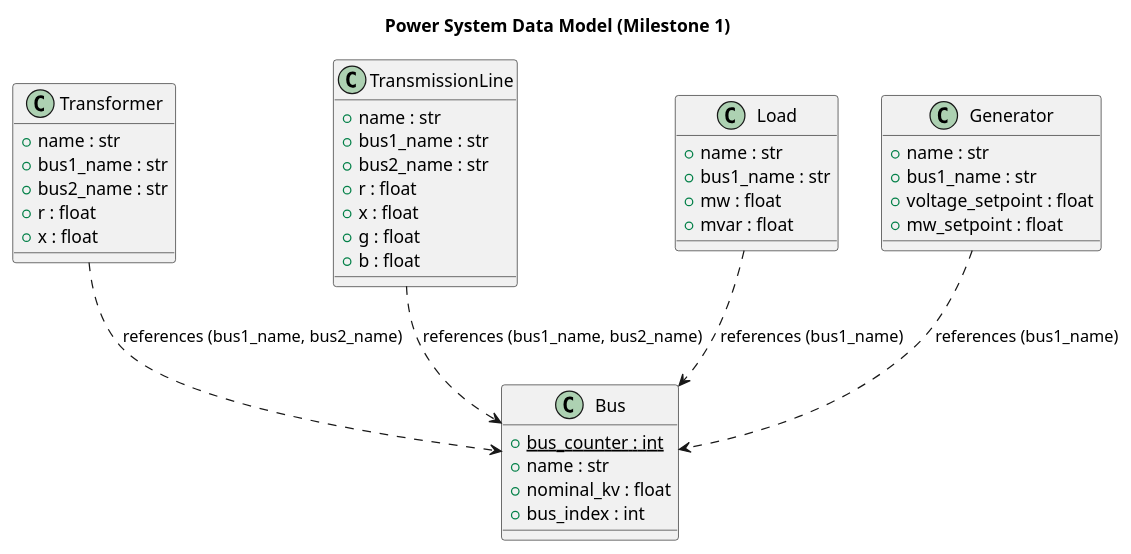
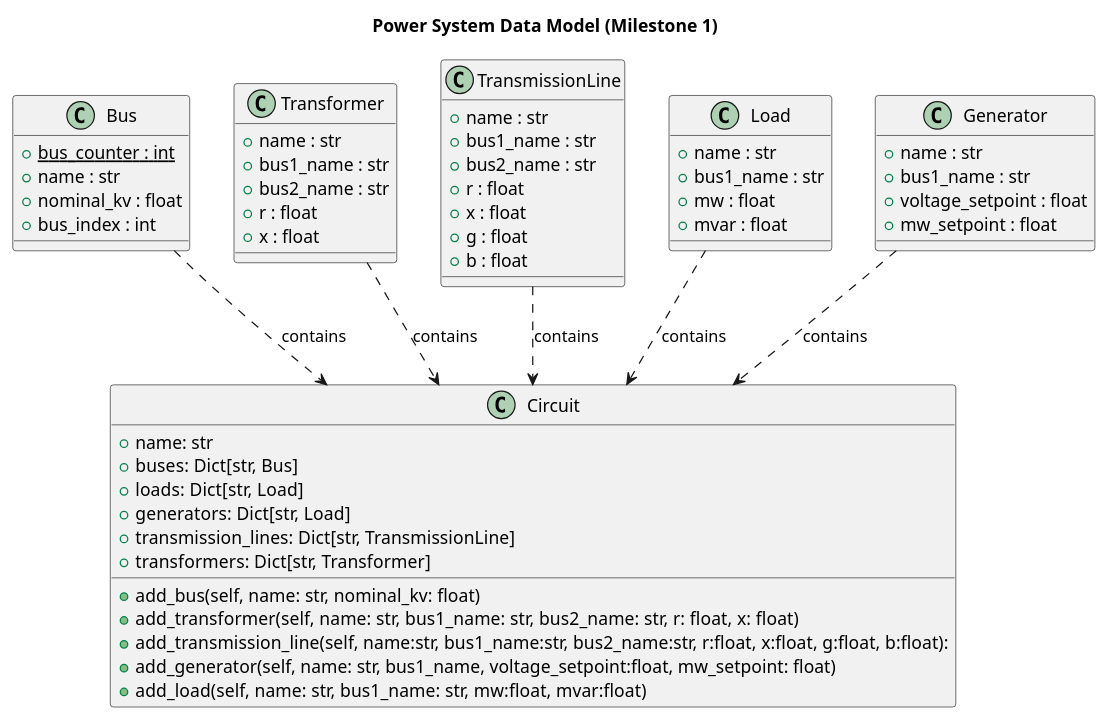
One commit to gideonglick/ECE-1774-Project-2 changed the diagram in class_diagram.puml. Above: the diagram before and after it, drawn with PlantUML. The commit also changed 4 other files, not shown here.

Commit message:
updated class diagram

```diff
--- a/class_diagram.puml
+++ b/class_diagram.puml
@@ -1,49 +1,65 @@
 @startuml
 title Power System Data Model (Milestone 1)
 
 class Bus {
   +bus_counter : int {static}
   +name : str
   +nominal_kv : float
   +bus_index : int
 }
 
 class Transformer {
   +name : str
   +bus1_name : str
   +bus2_name : str
   +r : float
   +x : float
 }
 
 class TransmissionLine {
   +name : str
   +bus1_name : str
   +bus2_name : str
   +r : float
   +x : float
   +g : float
   +b : float
 }
 
 class Load {
   +name : str
   +bus1_name : str
   +mw : float
   +mvar : float
 }
 
 class Generator {
   +name : str
   +bus1_name : str
   +voltage_setpoint : float
   +mw_setpoint : float
 }
 
+class Circuit {
+  +name: str
+  +buses: Dict[str, Bus]
+  +loads: Dict[str, Load]
+  +generators: Dict[str, Load]
+  +transmission_lines: Dict[str, TransmissionLine]
+  +transformers: Dict[str, Transformer]
+  +add_bus(self, name: str, nominal_kv: float)
+  +add_transformer(self, name: str, bus1_name: str, bus2_name: str, r: float, x: float)
+  +add_transmission_line(self, name:str, bus1_name:str, bus2_name:str, r:float, x:float, g:float, b:float):
+  +add_generator(self, name: str, bus1_name, voltage_setpoint:float, mw_setpoint: float)
+  +add_load(self, name: str, bus1_name: str, mw:float, mvar:float)
+  }
+
+
+
 ' Relationships (your classes store bus names as strings, so these are dependencies)
-Transformer ..> Bus : references (bus1_name, bus2_name)
-TransmissionLine ..> Bus : references (bus1_name, bus2_name)
-Load ..> Bus : references (bus1_name)
-Generator ..> Bus : references (bus1_name)
-
+Transformer ..> Circuit : contains
+TransmissionLine ..> Circuit : contains
+Load ..> Circuit : contains
+Generator ..> Circuit : contains
+Bus ..> Circuit : contains
 @enduml
```
